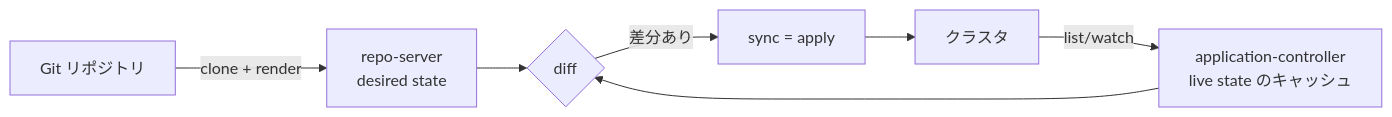
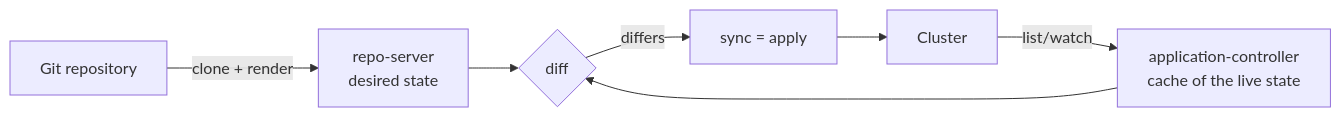
Before and after one commit to rai-wtnb/lab-argocd: the diagram in docs/02-argocd.md, drawn with Mermaid. The commit also changed other lines of this file and 37 other files, not shown here.

````diff
--- a/docs/02-argocd.md
+++ b/docs/02-argocd.md
@@ -23,9 +21,9 @@
 ```mermaid
 flowchart LR
-    G[Git リポジトリ] -->|clone + render| RS[repo-server<br>desired state]
-    C[クラスタ] -->|list/watch| AC[application-controller<br>live state のキャッシュ]
+    G[Git repository] -->|clone + render| RS[repo-server<br>desired state]
+    C[Cluster] -->|list/watch| AC[application-controller<br>cache of the live state]
     RS --> D{diff}
     AC --> D
-    D -->|差分あり| S[sync = apply]
+    D -->|differs| S[sync = apply]
     S --> C
 ```
````
